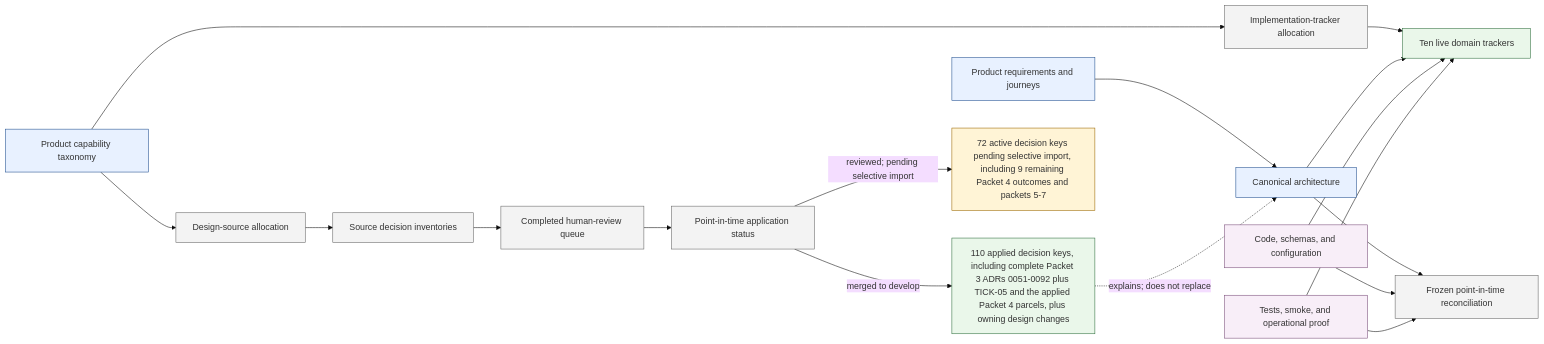
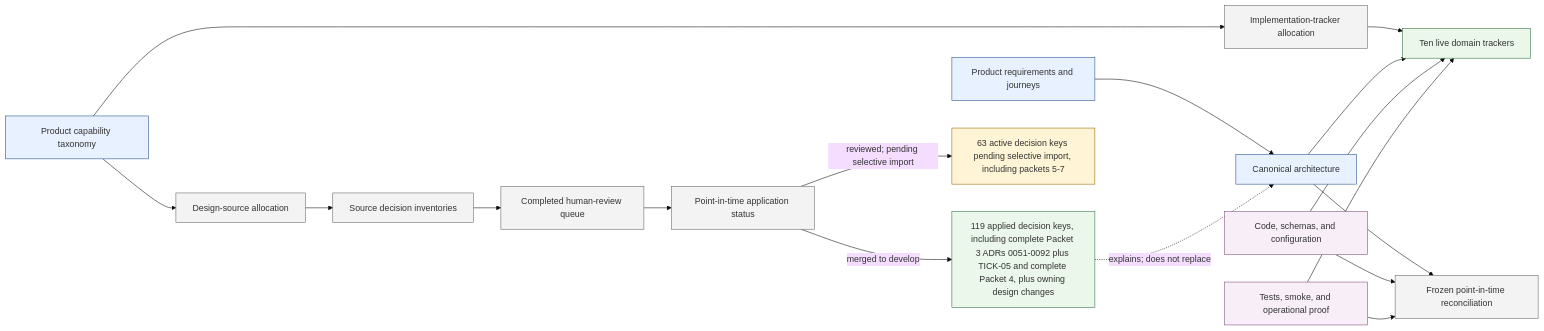
One commit to benhook1013/FireMUD changed the diagram in design/project-management/design-alignment/README.md. Above: the diagram before and after it, drawn with Mermaid (base theme). The commit also changed other lines of this file and 75 other files, not shown here.

Commit message:
docs: complete Packet 4 lifecycle and authoring decisions

````diff
--- a/design/project-management/design-alignment/README.md
+++ b/design/project-management/design-alignment/README.md
@@ -27,27 +27,27 @@
 ```mermaid
 flowchart LR
     PRODUCT[Product requirements and journeys]:::canonical --> ARCH[Canonical architecture]:::canonical
     TAXONOMY[Product capability taxonomy]:::canonical --> DESIGN_ALLOC[Design-source allocation]:::alignment
     DESIGN_ALLOC --> SOURCE_INV[Source decision inventories]:::alignment
     SOURCE_INV --> HUMAN_QUEUE[Completed human-review queue]:::alignment
     HUMAN_QUEUE --> APPLY[Point-in-time application status]:::alignment
-    APPLY -->|merged to develop| APPLIED_DECISIONS[110 applied decision keys, including complete Packet 3 ADRs 0051-0092 plus TICK-05 and the applied Packet 4 parcels, plus owning design changes]:::status
+    APPLY -->|merged to develop| APPLIED_DECISIONS[119 applied decision keys, including complete Packet 3 ADRs 0051-0092 plus TICK-05 and complete Packet 4, plus owning design changes]:::status
     APPLIED_DECISIONS -. explains; does not replace .-> ARCH
-    APPLY -->|reviewed; pending selective import| PENDING[72 active decision keys pending selective import, including 9 remaining Packet 4 outcomes and packets 5-7]:::pending
+    APPLY -->|reviewed; pending selective import| PENDING[63 active decision keys pending selective import, including packets 5-7]:::pending
 
     TAXONOMY --> TRACKER_ALLOC[Implementation-tracker allocation]:::alignment
     TRACKER_ALLOC --> TRACKERS[Ten live domain trackers]:::status
     ARCH --> TRACKERS
     CODE[Code, schemas, and configuration]:::evidence --> TRACKERS
     PROOF[Tests, smoke, and operational proof]:::evidence --> TRACKERS
 
     ARCH --> RECON[Frozen point-in-time reconciliation]:::alignment
     CODE --> RECON
     PROOF --> RECON
 
     classDef canonical fill:#e8f1ff,stroke:#1f4f8f
     classDef alignment fill:#f3f3f3,stroke:#666
     classDef pending fill:#fff4d6,stroke:#9a6700
     classDef status fill:#eaf7ea,stroke:#2f6f3e
     classDef evidence fill:#f8eef8,stroke:#7a4e7a
 ```
````
